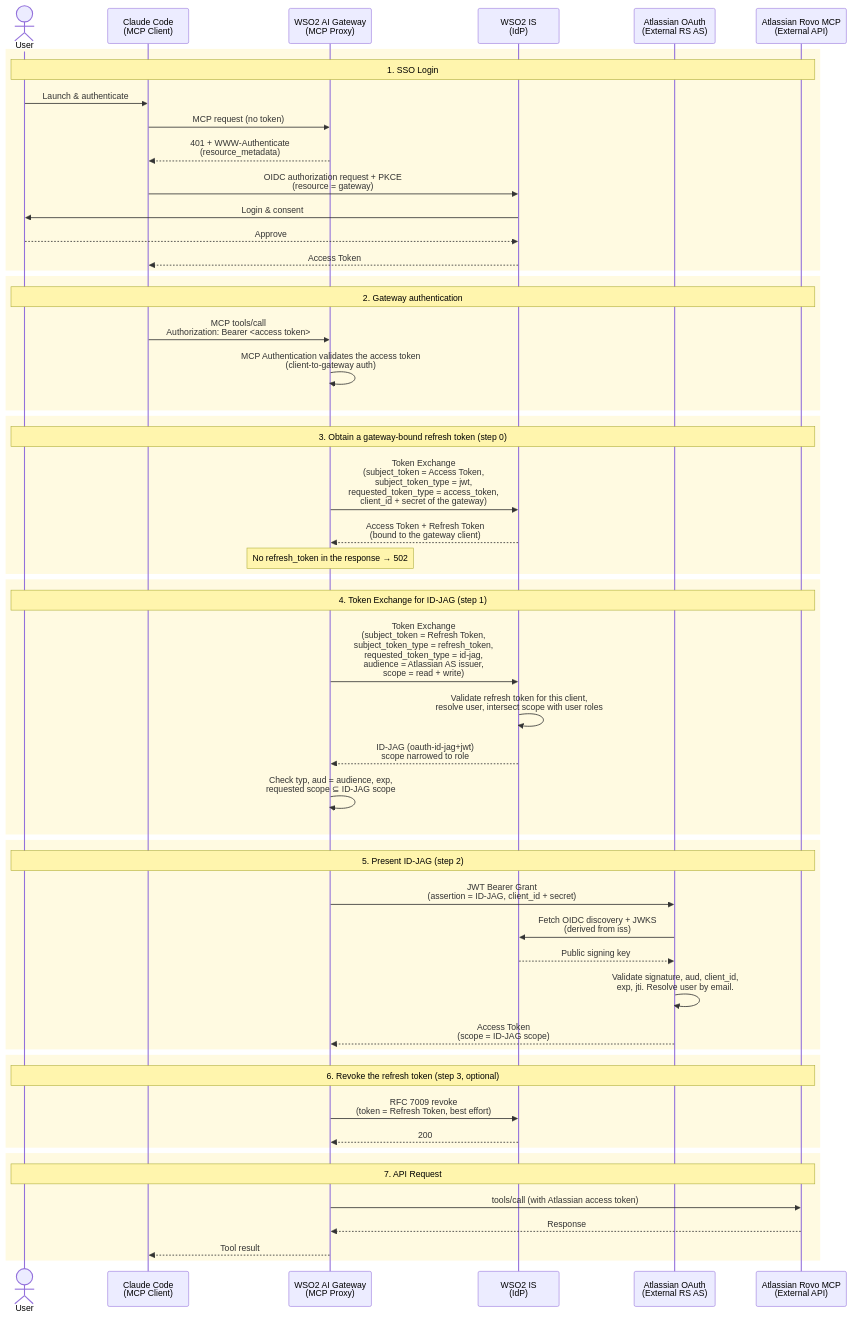
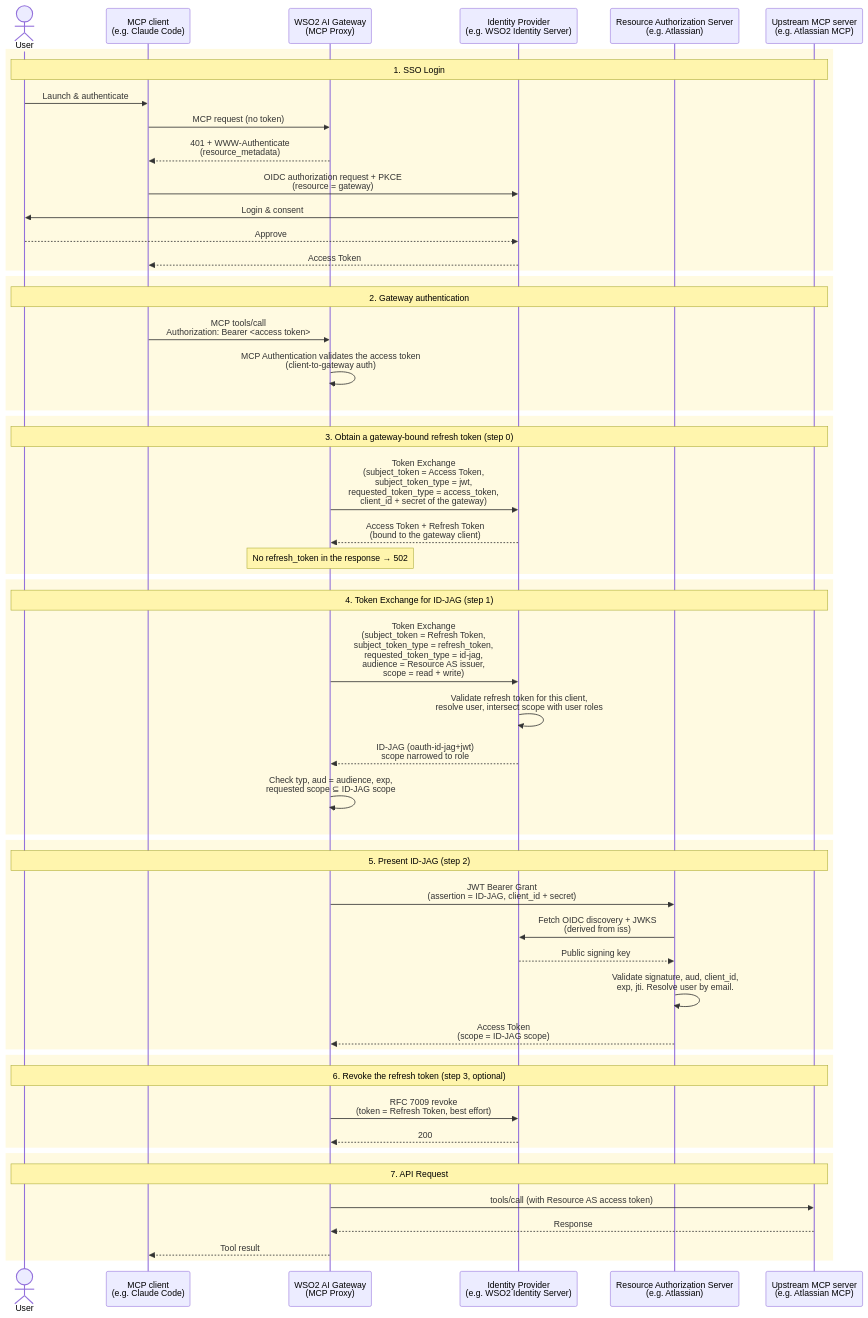
The diagram in docs/id-jag-flow-refresh-token.mmd (DinikaSen/id-jag-token-exchange-policy), drawn with Mermaid before and after one commit. The commit also changed 5 other files, not shown here.

```diff
--- a/docs/id-jag-flow-refresh-token.mmd
+++ b/docs/id-jag-flow-refresh-token.mmd
@@ -1,61 +1,61 @@
 sequenceDiagram
     actor User
-    participant Client as Claude Code<br/>(MCP Client)
+    participant Client as MCP client<br/>(e.g. Claude Code)
     participant GW as WSO2 AI Gateway<br/>(MCP Proxy)
-    participant IdP as WSO2 IS<br/>(IdP)
-    participant RAS as Atlassian OAuth<br/>(External RS AS)
-    participant MCP as Atlassian Rovo MCP<br/>(External API)
+    participant IdP as Identity Provider<br/>(e.g. WSO2 Identity Server)
+    participant RAS as Resource Authorization Server<br/>(e.g. Atlassian)
+    participant MCP as Upstream MCP server<br/>(e.g. Atlassian MCP)
 
     rect rgb(255, 250, 225)
         Note over User,MCP: 1. SSO Login
         User->>Client: Launch & authenticate
         Client->>GW: MCP request (no token)
         GW-->>Client: 401 + WWW-Authenticate<br/>(resource_metadata)
         Client->>IdP: OIDC authorization request + PKCE<br/>(resource = gateway)
         IdP->>User: Login & consent
         User-->>IdP: Approve
         IdP-->>Client: Access Token
     end
 
     rect rgb(255, 250, 225)
         Note over User,MCP: 2. Gateway authentication
         Client->>GW: MCP tools/call<br/>Authorization: Bearer <access token>
         GW->>GW: MCP Authentication validates the access token<br/>(client-to-gateway auth)
     end
 
     rect rgb(255, 250, 225)
         Note over User,MCP: 3. Obtain a gateway-bound refresh token (step 0)
         GW->>IdP: Token Exchange<br/>(subject_token = Access Token,<br/>subject_token_type = jwt,<br/>requested_token_type = access_token,<br/>client_id + secret of the gateway)
         IdP-->>GW: Access Token + Refresh Token<br/>(bound to the gateway client)
         Note over GW: No refresh_token in the response → 502
     end
 
     rect rgb(255, 250, 225)
         Note over User,MCP: 4. Token Exchange for ID-JAG (step 1)
-        GW->>IdP: Token Exchange<br/>(subject_token = Refresh Token,<br/>subject_token_type = refresh_token,<br/>requested_token_type = id-jag,<br/>audience = Atlassian AS issuer,<br/>scope = read + write)
+        GW->>IdP: Token Exchange<br/>(subject_token = Refresh Token,<br/>subject_token_type = refresh_token,<br/>requested_token_type = id-jag,<br/>audience = Resource AS issuer,<br/>scope = read + write)
         IdP->>IdP: Validate refresh token for this client,<br/>resolve user, intersect scope with user roles
         IdP-->>GW: ID-JAG (oauth-id-jag+jwt)<br/>scope narrowed to role
         GW->>GW: Check typ, aud = audience, exp,<br/>requested scope ⊆ ID-JAG scope
     end
 
     rect rgb(255, 250, 225)
         Note over User,MCP: 5. Present ID-JAG (step 2)
         GW->>RAS: JWT Bearer Grant<br/>(assertion = ID-JAG, client_id + secret)
         RAS->>IdP: Fetch OIDC discovery + JWKS<br/>(derived from iss)
         IdP-->>RAS: Public signing key
         RAS->>RAS: Validate signature, aud, client_id,<br/>exp, jti. Resolve user by email.
         RAS-->>GW: Access Token<br/>(scope = ID-JAG scope)
     end
 
     rect rgb(255, 250, 225)
         Note over User,MCP: 6. Revoke the refresh token (step 3, optional)
         GW->>IdP: RFC 7009 revoke<br/>(token = Refresh Token, best effort)
         IdP-->>GW: 200
     end
 
     rect rgb(255, 250, 225)
         Note over User,MCP: 7. API Request
-        GW->>MCP: tools/call (with Atlassian access token)
+        GW->>MCP: tools/call (with Resource AS access token)
         MCP-->>GW: Response
         GW-->>Client: Tool result
     end
```
